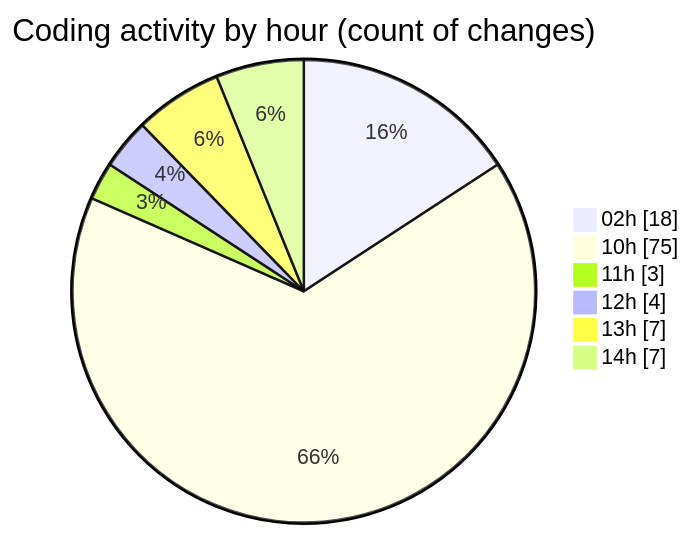
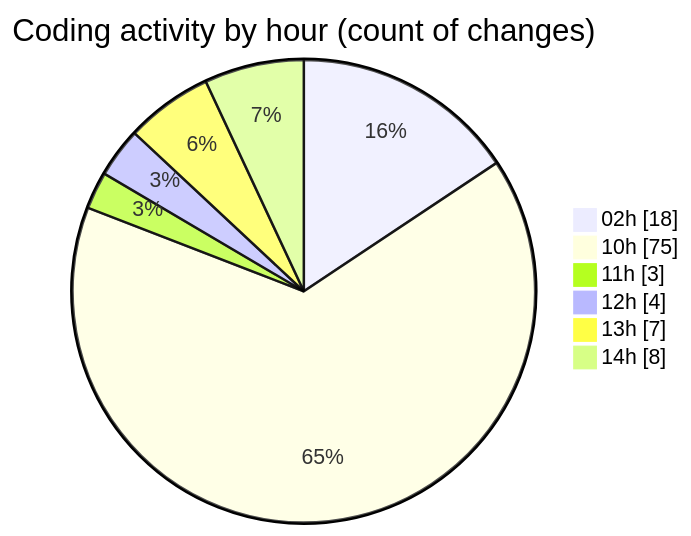
One commit to shibass792/code-tracking changed the second of 2 diagrams in 2026-07-08/twenty_versions_aminor/README.md. Above: the diagram before and after it, drawn with Mermaid. The commit also changed other lines of this file and 1 other file, not shown here.

````diff
--- a/2026-07-08/twenty_versions_aminor/README.md
+++ b/2026-07-08/twenty_versions_aminor/README.md
@@ -37,10 +37,10 @@
 ```mermaid
 pie showData
 title Coding activity by hour (count of changes)
 "02h" : 18
 "10h" : 75
 "11h" : 3
 "12h" : 4
 "13h" : 7
-"14h" : 7
+"14h" : 8
 ```
````
